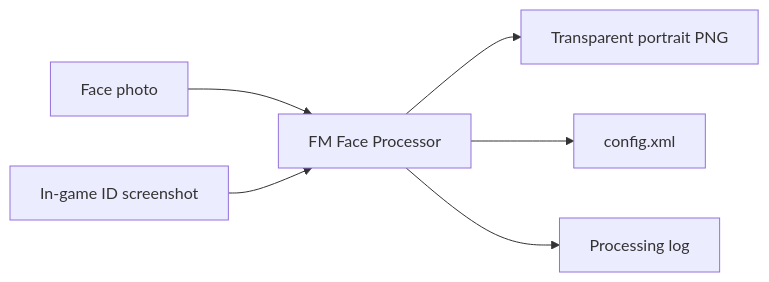
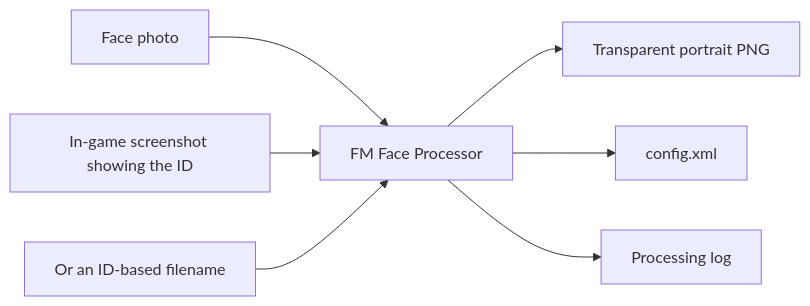
The second of 2 diagrams in README.md (kumajia/FM-Face-Processor), drawn with Mermaid before and after one commit. The commit also changed other lines of this file and 1 other file, not shown here.

````diff
--- a/README.md
+++ b/README.md
@@ -226,8 +235,9 @@
 ```mermaid
 flowchart LR
     A[Face photo] --> C[FM Face Processor]
-    B[In-game ID screenshot] --> C
+    B[In-game screenshot showing the ID] --> C
+    G[Or an ID-based filename] --> C
     C --> D[Transparent portrait PNG]
     C --> E[config.xml]
     C --> F[Processing log]
 ```
````
